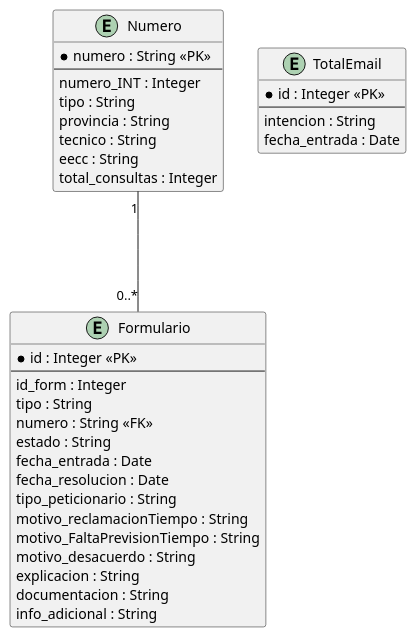
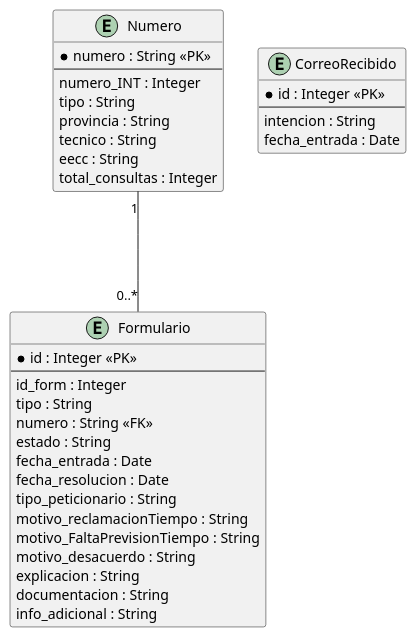
Before and after one commit to Jorgeog25/GII-TFG-2026: the diagram in Estudiantes/jorge-otero/capitulo3/ModeloDatos/ModeloDatos.puml, drawn with PlantUML. The commit also changed 2 other files, not shown here.

```diff
--- a/Estudiantes/jorge-otero/capitulo3/ModeloDatos/ModeloDatos.puml
+++ b/Estudiantes/jorge-otero/capitulo3/ModeloDatos/ModeloDatos.puml
@@ -1,40 +1,40 @@
 @startuml ModeloDatos
 
 entity Numero {
   * numero : String <<PK>>
   --
   numero_INT : Integer
   tipo : String
   provincia : String
   tecnico : String
   eecc : String
   total_consultas : Integer
 }
 
 entity Formulario {
   * id : Integer <<PK>>
   --
   id_form : Integer
   tipo : String
   numero : String <<FK>>
   estado : String
   fecha_entrada : Date
   fecha_resolucion : Date
   tipo_peticionario : String
   motivo_reclamacionTiempo : String
   motivo_FaltaPrevisionTiempo : String
   motivo_desacuerdo : String
   explicacion : String
   documentacion : String
   info_adicional : String
 }
 
-entity TotalEmail {
+entity CorreoRecibido {
   * id : Integer <<PK>>
   --
   intencion : String
   fecha_entrada : Date
 }
 Numero "1" --- "0..*" Formulario
 
 @enduml
```
